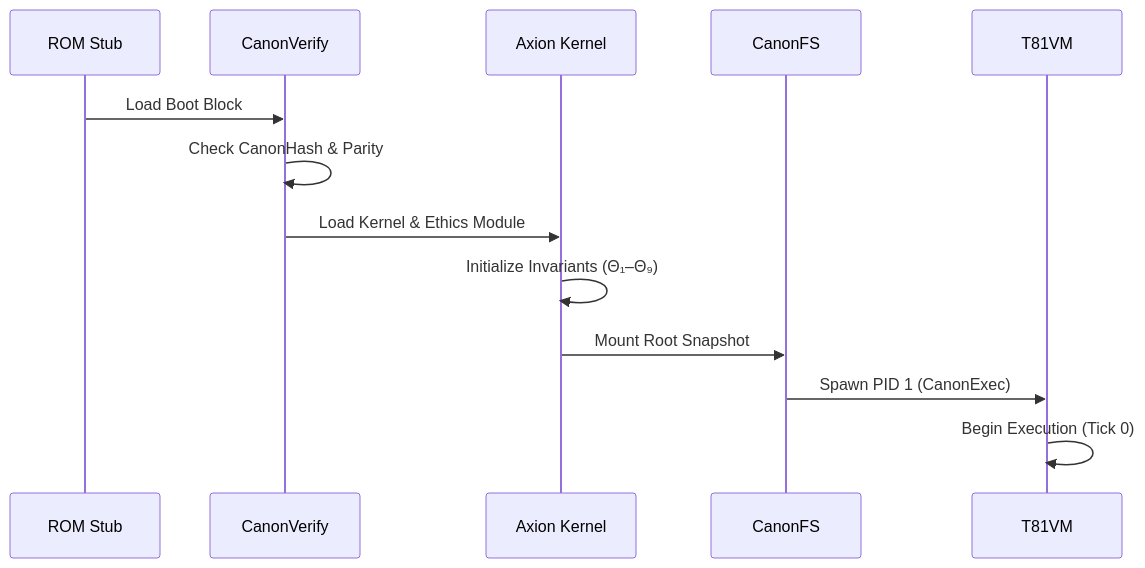
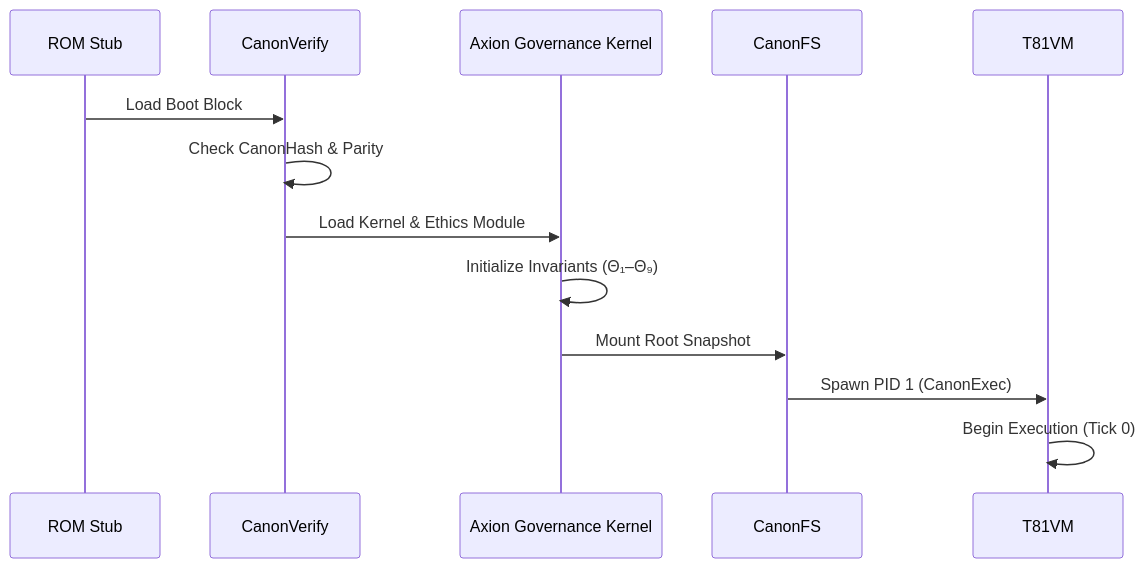
One commit to t81dev/t81-foundation changed the second of 7 diagrams in spec/supplemental/hanoi-kernel-spec.md. Above: the diagram before and after it, drawn with Mermaid. The commit also changed 74 other files, not shown here.

First line of the commit message:
chore: synchronize metadata, resolve namespace ambiguity, and decouple build graph

````diff
--- a/spec/supplemental/hanoi-kernel-spec.md
+++ b/spec/supplemental/hanoi-kernel-spec.md
@@ -100,16 +100,16 @@
 ```mermaid
 sequenceDiagram
     participant ROM as ROM Stub
     participant Verify as CanonVerify
-    participant Axion as Axion Kernel
+    participant Axion as Axion Governance Kernel
     participant FS as CanonFS
     participant VM as T81VM
 
     ROM->>Verify: Load Boot Block
     Verify->>Verify: Check CanonHash & Parity
     Verify->>Axion: Load Kernel & Ethics Module
     Axion->>Axion: Initialize Invariants (Θ₁–Θ₉)
     Axion->>FS: Mount Root Snapshot
     FS->>VM: Spawn PID 1 (CanonExec)
     VM->>VM: Begin Execution (Tick 0)
 ```
````
